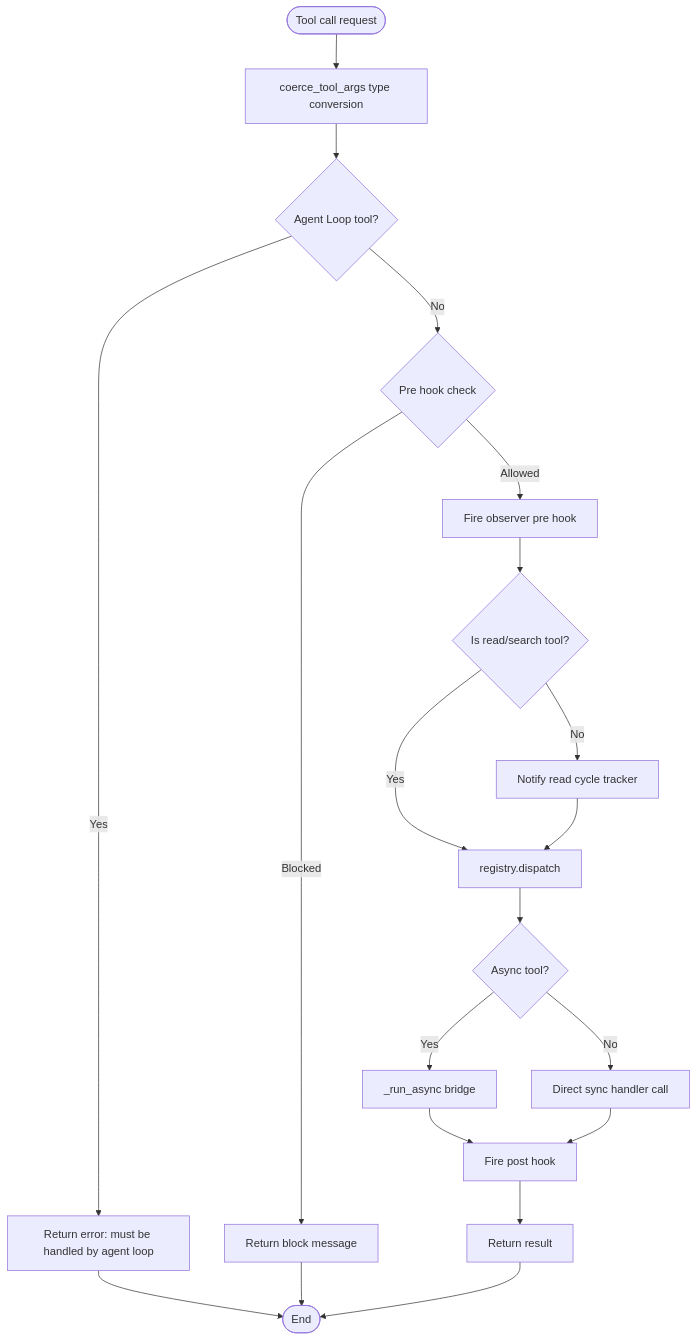
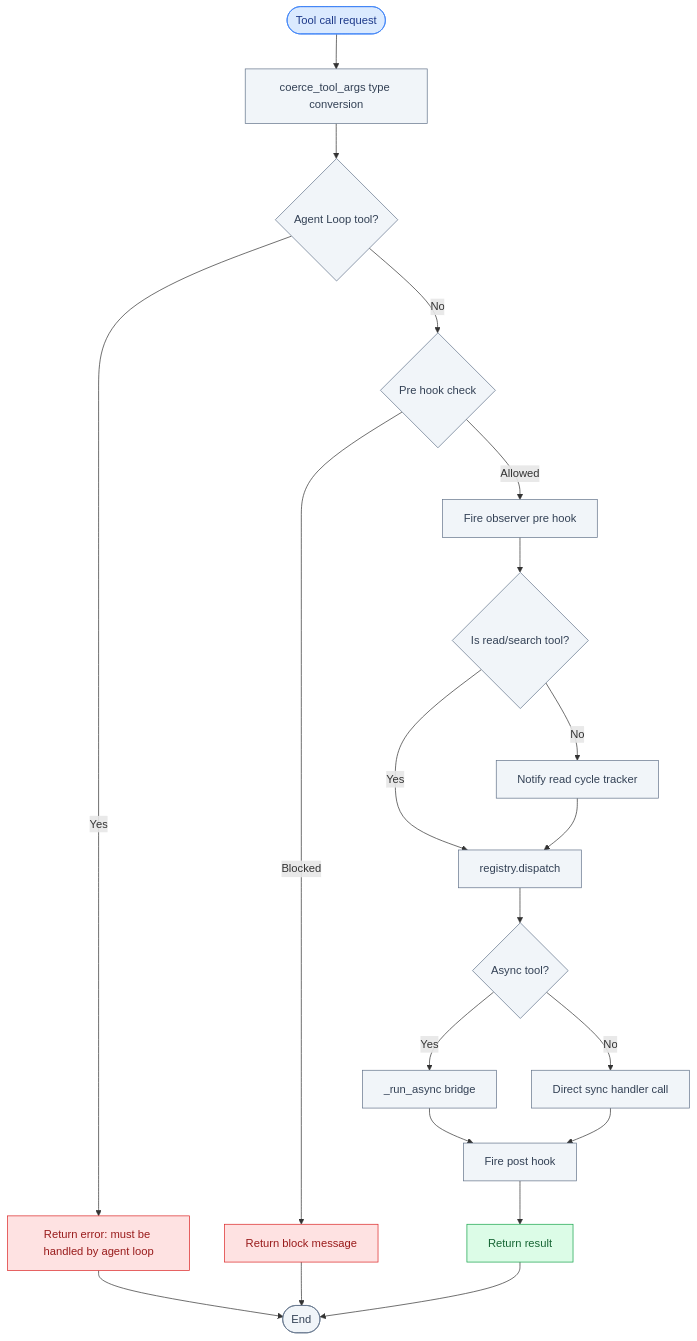
The third of 6 diagrams in chapters/tool-system.rst (pty819/hermes-docs), drawn with Mermaid before and after one commit. The commit also changed other lines of this file and 27 other files, not shown here.

```diff
--- a/chapters/tool-system.rst
+++ b/chapters/tool-system.rst
@@ -953,22 +966,33 @@
 .. mermaid::
 
    flowchart TD
+       classDef start fill:#dbeafe,stroke:#3b82f6,color:#1e3a8a
+       classDef success fill:#dcfce7,stroke:#16a34a,color:#166534
+       classDef warn fill:#fef9c3,stroke:#ca8a04,color:#854d0e
+       classDef fail fill:#fee2e2,stroke:#dc2626,color:#991b1b
+       classDef info fill:#f1f5f9,stroke:#64748b,color:#334155
+
        Start([Tool call request]) --> Coerce[coerce_tool_args type conversion]
        Coerce --> CheckAgent{Agent Loop tool?}
        CheckAgent -->|Yes| ReturnError[Return error: must be handled by agent loop]
        CheckAgent -->|No| CheckPreHook{Pre hook check}
        CheckPreHook -->|Blocked| ReturnBlocked[Return block message]
        CheckPreHook -->|Allowed| FirePreHook[Fire observer pre hook]
        FirePreHook --> CheckRead{Is read/search tool?}
        CheckRead -->|No| NotifyRead[Notify read cycle tracker]
        CheckRead -->|Yes| Dispatch[registry.dispatch]
        NotifyRead --> Dispatch
        Dispatch --> CheckAsync{Async tool?}
        CheckAsync -->|Yes| RunAsync[_run_async bridge]
        CheckAsync -->|No| CallSync[Direct sync handler call]
        RunAsync --> FirePostHook[Fire post hook]
        CallSync --> FirePostHook
        FirePostHook --> ReturnResult[Return result]
        ReturnError --> End([End])
        ReturnBlocked --> End
        ReturnResult --> End
+
+       class Start start
+       class ReturnResult success
+       class ReturnError,ReturnBlocked fail
+       class Coerce,CheckAgent,CheckPreHook,FirePreHook,CheckRead,NotifyRead,Dispatch,CheckAsync,RunAsync,CallSync,FirePostHook,End info
```
